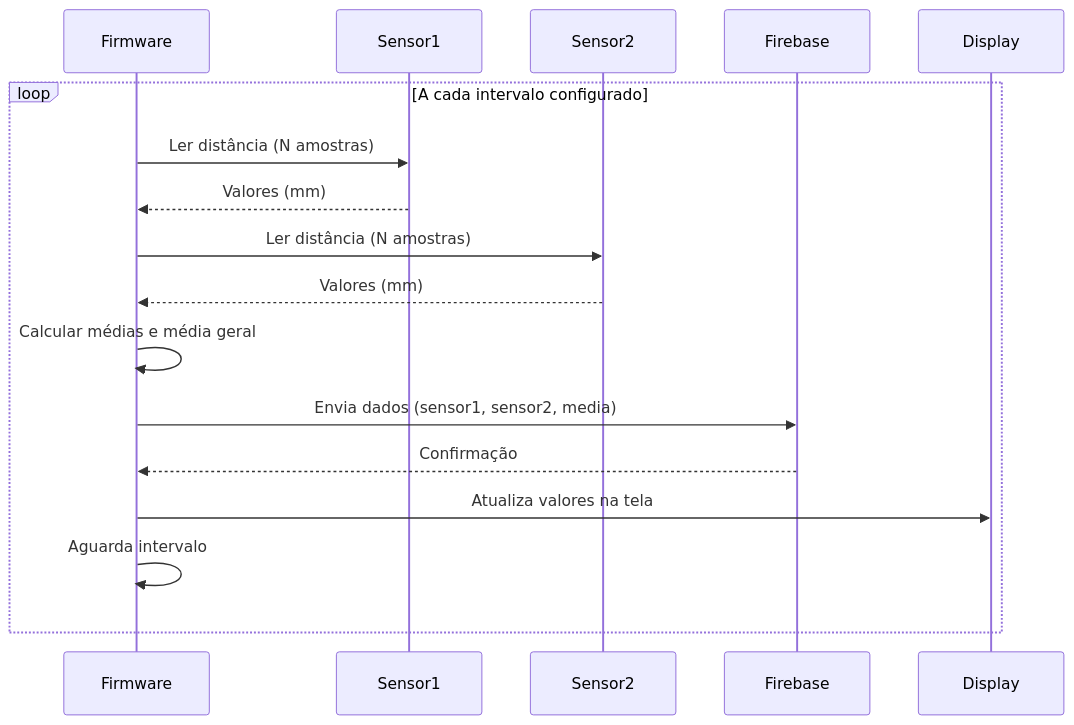
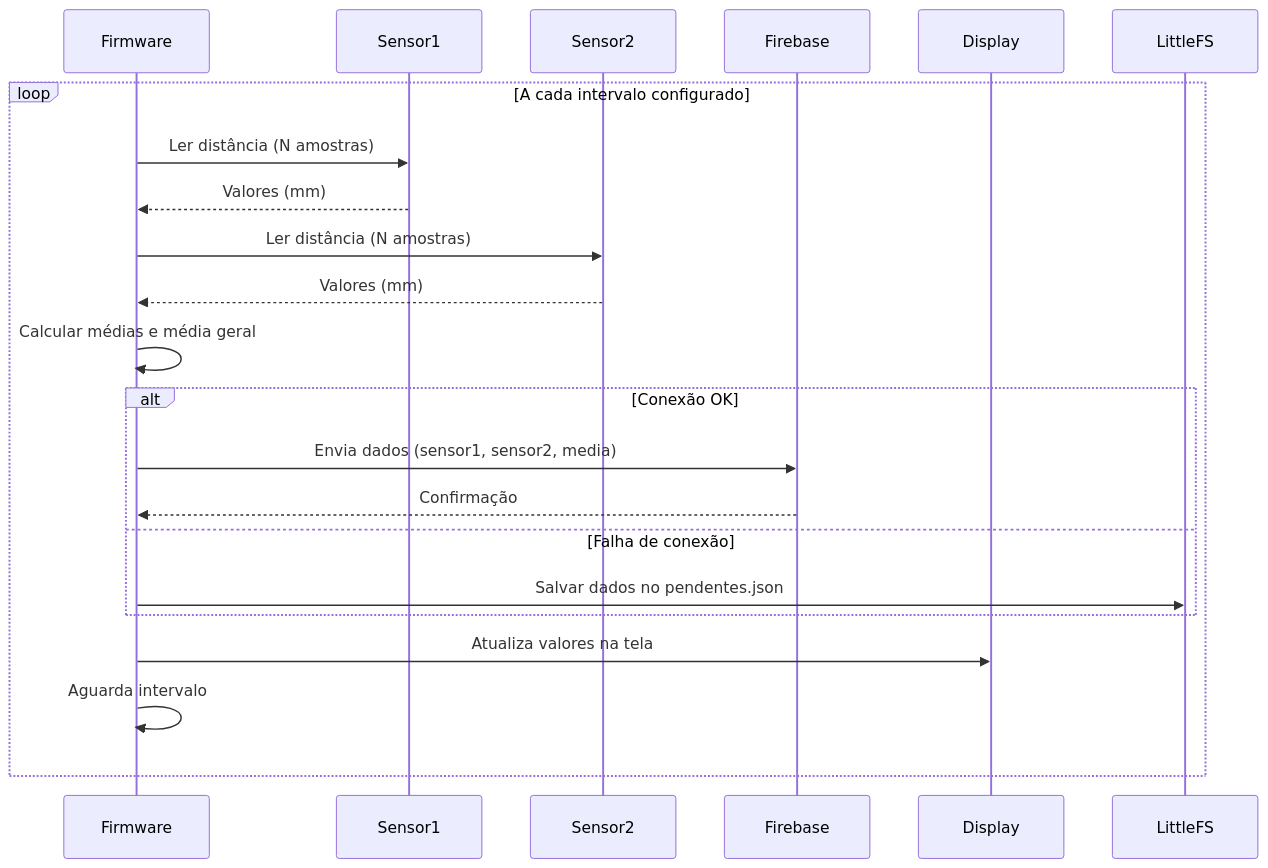
Before and after one commit to tecbudo/niveltec: the third of 8 diagrams in README.md, drawn with Mermaid. The commit also changed other lines of this file, not shown here.

````diff
--- a/README.md
+++ b/README.md
@@ -124,20 +253,25 @@
 ```mermaid
 sequenceDiagram
     participant Firmware
     participant Sensor1
     participant Sensor2
     participant Firebase
     participant Display
+    participant LittleFS
 
     loop A cada intervalo configurado
         Firmware->>Sensor1: Ler distância (N amostras)
         Sensor1-->>Firmware: Valores (mm)
         Firmware->>Sensor2: Ler distância (N amostras)
         Sensor2-->>Firmware: Valores (mm)
         Firmware->>Firmware: Calcular médias e média geral
-        Firmware->>Firebase: Envia dados (sensor1, sensor2, media)
-        Firebase-->>Firmware: Confirmação
+        alt Conexão OK
+            Firmware->>Firebase: Envia dados (sensor1, sensor2, media)
+            Firebase-->>Firmware: Confirmação
+        else Falha de conexão
+            Firmware->>LittleFS: Salvar dados no pendentes.json
+        end
         Firmware->>Display: Atualiza valores na tela
         Firmware->>Firmware: Aguarda intervalo
     end
 ```
````
